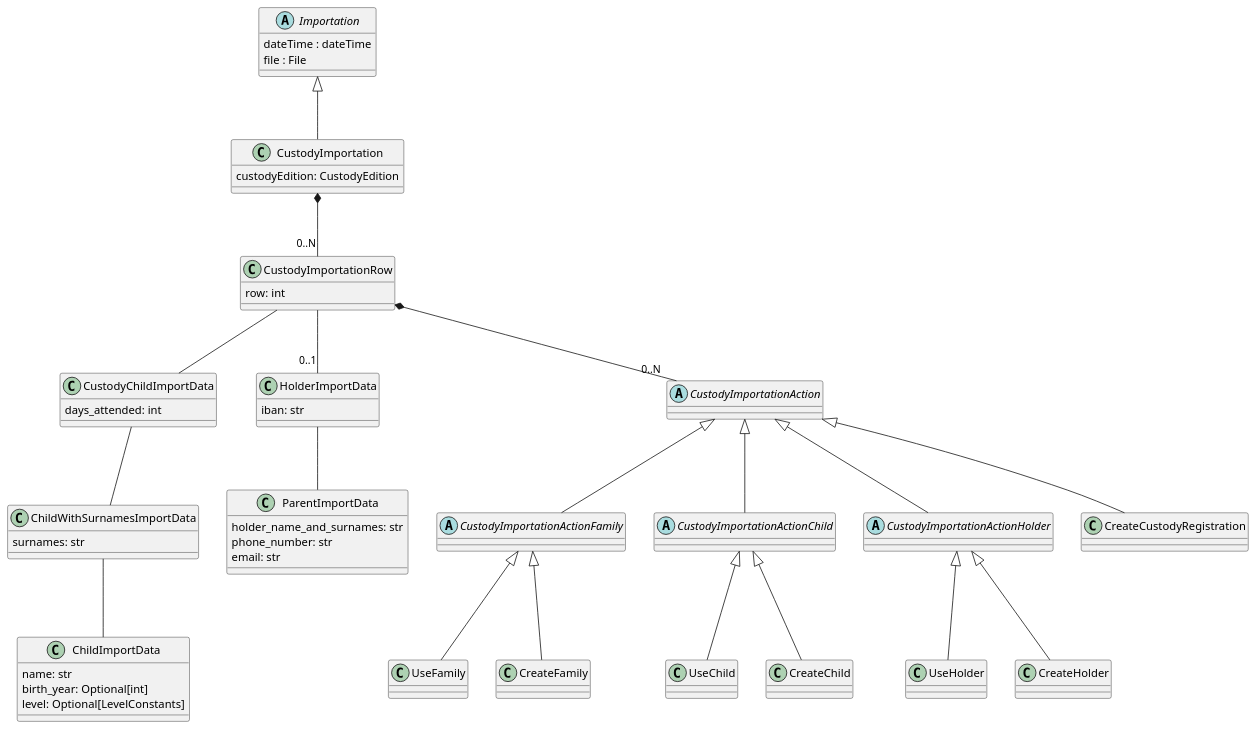
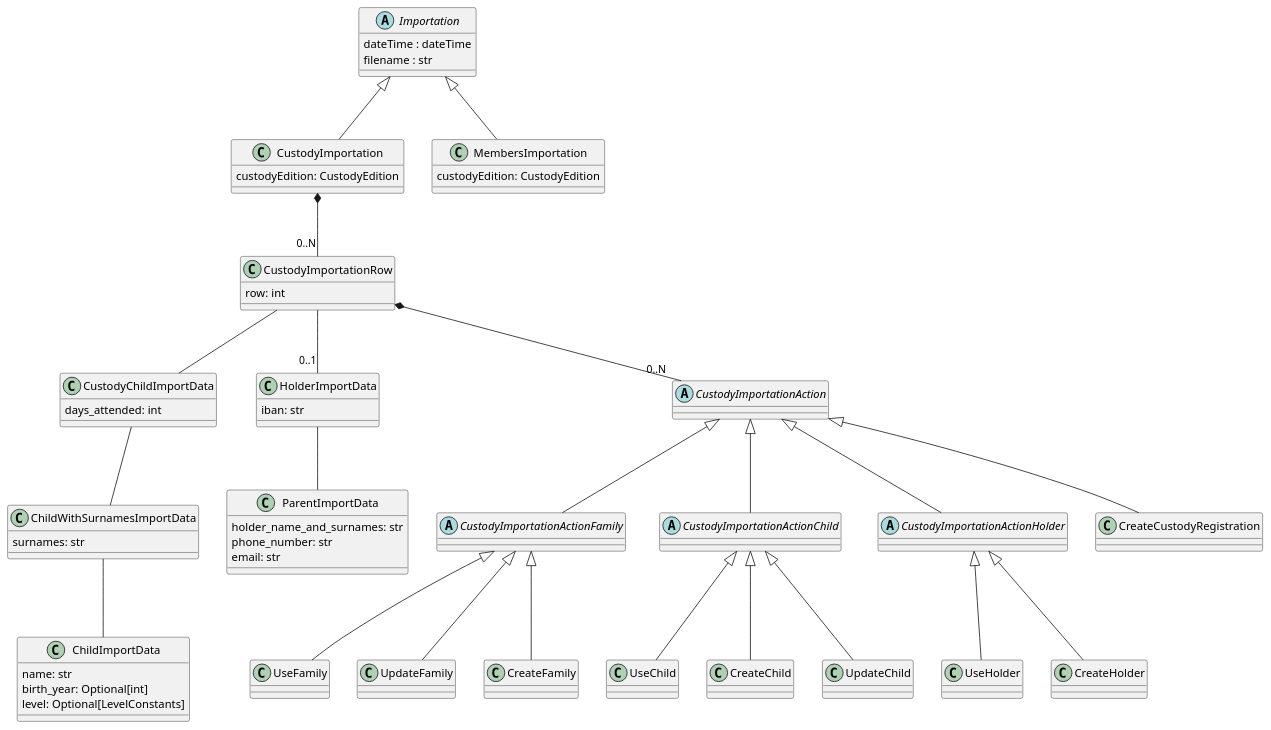
Before and after one commit to IgnacioMaestro/ampa-manager: the diagram in doc/DomainModelDiagram/ImportationPackage/ImportationPackage.puml, drawn with PlantUML.

Commit message:
feat: update diagram for ImportationPackage.md

```diff
--- a/doc/DomainModelDiagram/ImportationPackage/ImportationPackage.puml
+++ b/doc/DomainModelDiagram/ImportationPackage/ImportationPackage.puml
@@ -1,66 +1,74 @@
 @startuml
 abstract class Importation {
     dateTime : dateTime
-    file : File
+    filename : str
 }
 class CustodyImportation {
+    custodyEdition: CustodyEdition
+}
+class MembersImportation {
     custodyEdition: CustodyEdition
 }
 class CustodyImportationRow {
     row: int
 }
 class CustodyChildImportData {
     days_attended: int
 }
 class HolderImportData {
     iban: str
 }
 class ChildWithSurnamesImportData {
     surnames: str
 }
 class ChildImportData {
     name: str
     birth_year: Optional[int]
     level: Optional[LevelConstants]
 }
 class ParentImportData {
     holder_name_and_surnames: str
     phone_number: str
     email: str
 }
 abstract class CustodyImportationAction
 abstract class CustodyImportationActionFamily
 abstract class CustodyImportationActionChild
 abstract class CustodyImportationActionHolder
 class UseFamily
+class UpdateFamily
 class CreateFamily
 class UseChild
 class CreateChild
+class UpdateChild
 class UseHolder
 class CreateHolder
 class CreateCustodyRegistration
 
 Importation <|-- CustodyImportation: ""
+Importation <|-- MembersImportation: ""
 
 CustodyImportation *-- "0..N" CustodyImportationRow: ""
 
 CustodyImportationRow -- CustodyChildImportData: ""
 CustodyImportationRow -- "0..1" HolderImportData: ""
 CustodyImportationRow *-- "0..N" CustodyImportationAction: ""
 
 CustodyChildImportData -- ChildWithSurnamesImportData: ""
 ChildWithSurnamesImportData -- ChildImportData: ""
 
 HolderImportData -- ParentImportData: ""
 
 CustodyImportationAction <|-- CustodyImportationActionFamily: ""
 CustodyImportationAction <|-- CreateCustodyRegistration: ""
 CustodyImportationAction <|-- CustodyImportationActionChild: ""
 CustodyImportationAction <|-- CustodyImportationActionHolder: ""
 CustodyImportationActionFamily <|-- UseFamily: ""
 CustodyImportationActionFamily <|-- CreateFamily: ""
+CustodyImportationActionFamily <|-- UpdateFamily: ""
 CustodyImportationActionChild <|-- UseChild: ""
 CustodyImportationActionChild <|-- CreateChild: ""
+CustodyImportationActionChild <|-- UpdateChild: ""
 CustodyImportationActionHolder <|-- UseHolder: ""
 CustodyImportationActionHolder <|-- CreateHolder: ""
 @enduml
```
